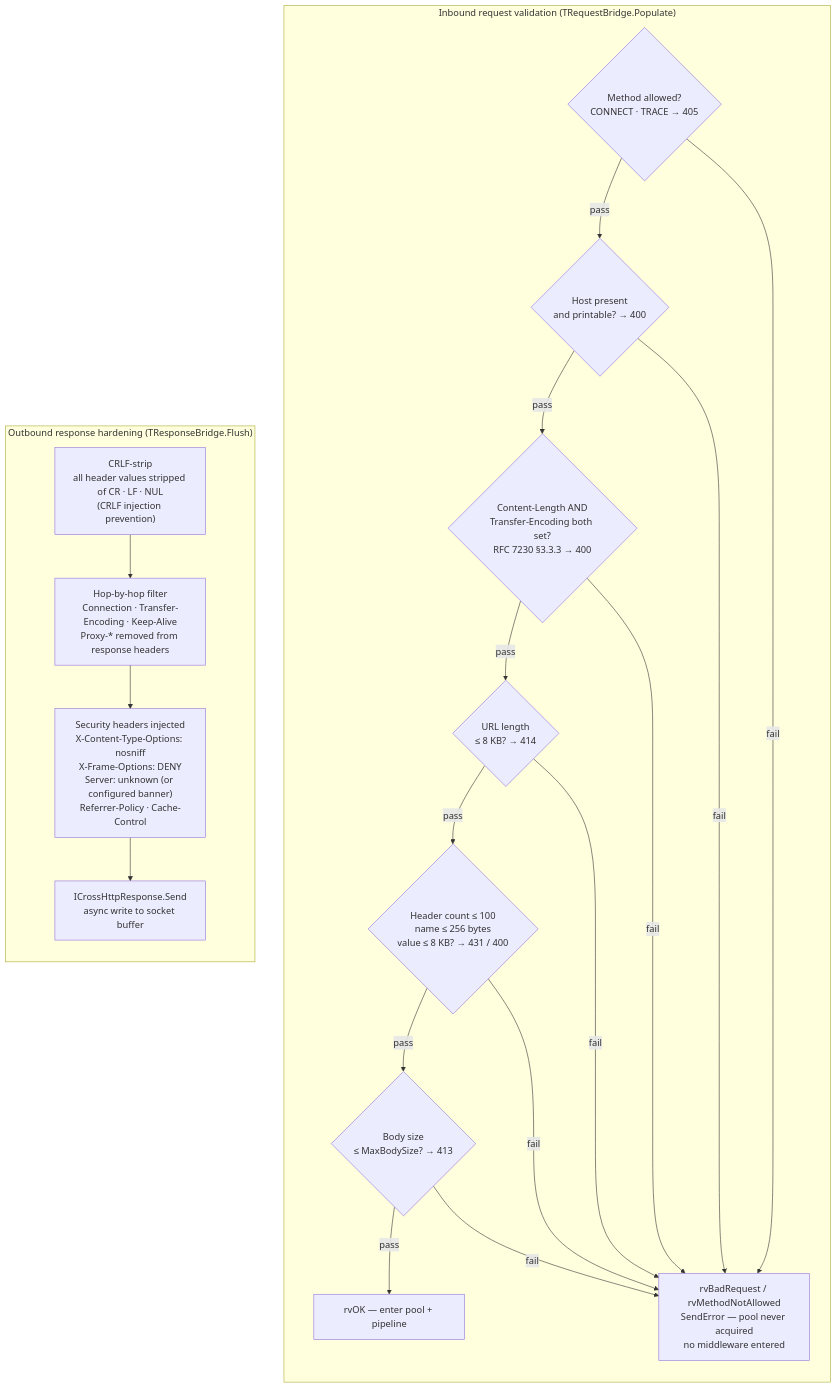
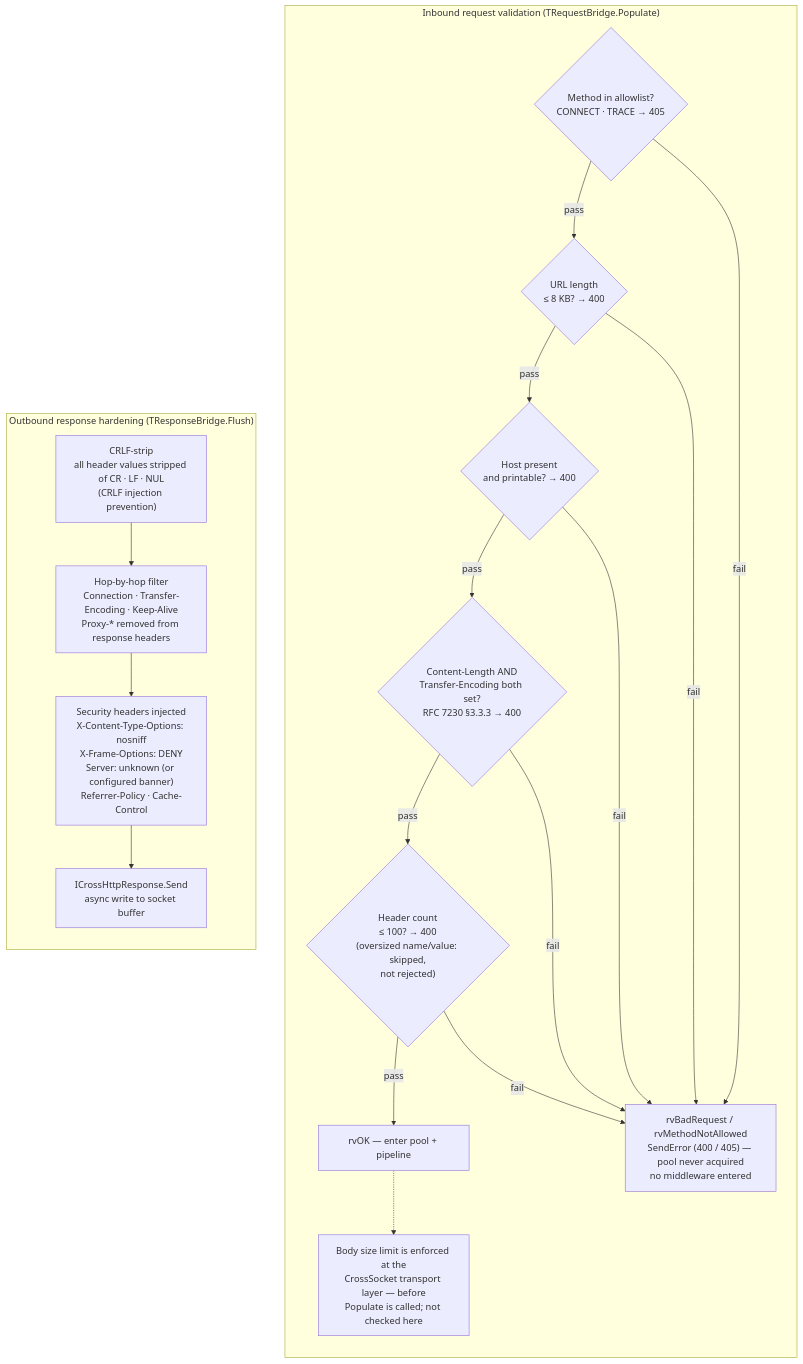
Before and after one commit to freitasjca/horse-provider-crosssocket: the fourth of 6 diagrams in doc/architecture-diagrams.md, drawn with Mermaid. The commit also changed 2 other files, not shown here.

Commit message:
docs: fix diagram-4 validation order, COMPAT-1 accuracy, move mORMot doc

````diff
--- a/doc/architecture-diagrams.md
+++ b/doc/architecture-diagrams.md
@@ -120,32 +120,32 @@
 ```mermaid
 flowchart TD
     subgraph REQ["Inbound request validation  (TRequestBridge.Populate)"]
         direction TB
-        V1{"Method allowed?\nCONNECT · TRACE → 405"}
-        V2{"Host present\nand printable? → 400"}
-        V3{"Content-Length AND\nTransfer-Encoding both set?\nRFC 7230 §3.3.3 → 400"}
-        V4{"URL length\n≤ 8 KB? → 414"}
-        V5{"Header count ≤ 100\nname ≤ 256 bytes\nvalue ≤ 8 KB? → 431 / 400"}
-        V6{"Body size\n≤ MaxBodySize? → 413"}
+        V1{"Method in allowlist?\nCONNECT · TRACE → 405"}
+        V2{"URL length\n≤ 8 KB? → 400"}
+        V3{"Host present\nand printable? → 400"}
+        V4{"Content-Length AND\nTransfer-Encoding both set?\nRFC 7230 §3.3.3 → 400"}
+        V5{"Header count\n≤ 100? → 400\n(oversized name/value: skipped,\nnot rejected)"}
         VOK["rvOK — enter pool + pipeline"]
-        VERR["rvBadRequest / rvMethodNotAllowed\nSendError — pool never acquired\nno middleware entered"]
+        VERR["rvBadRequest / rvMethodNotAllowed\nSendError (400 / 405) — pool never acquired\nno middleware entered"]
+        NOTE["Body size limit is enforced at the\nCrossSocket transport layer — before\nPopulate is called; not checked here"]
 
-        V1 -->|pass| V2 -->|pass| V3 -->|pass| V4 -->|pass| V5 -->|pass| V6 -->|pass| VOK
+        V1 -->|pass| V2 -->|pass| V3 -->|pass| V4 -->|pass| V5 -->|pass| VOK
         V1 -->|fail| VERR
         V2 -->|fail| VERR
         V3 -->|fail| VERR
         V4 -->|fail| VERR
         V5 -->|fail| VERR
-        V6 -->|fail| VERR
+        VOK -.-> NOTE
     end
 
     subgraph RESP["Outbound response hardening  (TResponseBridge.Flush)"]
         direction TB
         R1["CRLF-strip\nall header values stripped of CR · LF · NUL\n(CRLF injection prevention)"]
         R2["Hop-by-hop filter\nConnection · Transfer-Encoding · Keep-Alive\nProxy-* removed from response headers"]
         R3["Security headers injected\nX-Content-Type-Options: nosniff\nX-Frame-Options: DENY\nServer: unknown (or configured banner)\nReferrer-Policy · Cache-Control"]
         R4["ICrossHttpResponse.Send\nasync write to socket buffer"]
 
         R1 --> R2 --> R3 --> R4
     end
 ```
````
